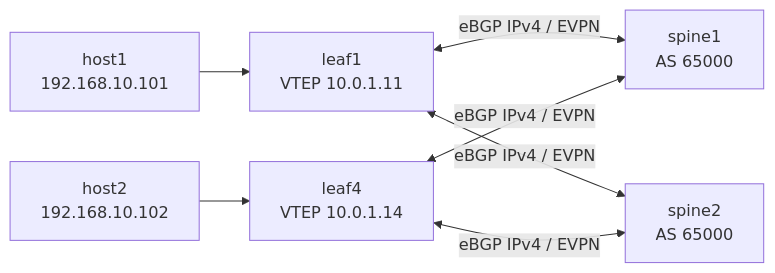
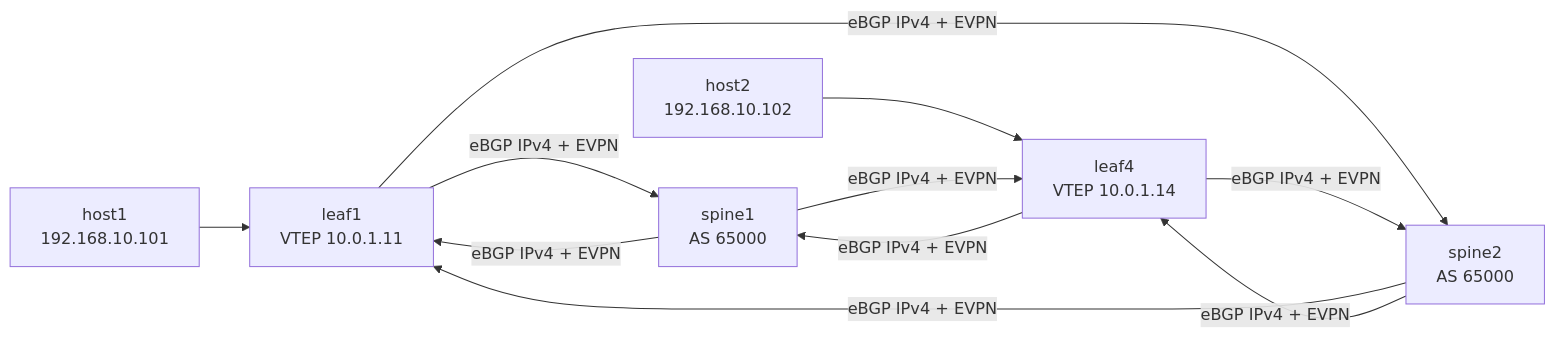
One commit to ganeshvenepally/ml-fabric-lab changed the fourth of 4 diagrams in docs/fabric.md. Above: the diagram before and after it, drawn with Mermaid. The commit also changed other lines of this file and 3 other files, not shown here.

````diff
--- a/docs/fabric.md
+++ b/docs/fabric.md
@@ -147,10 +204,15 @@
 ```mermaid
 flowchart LR
   host1["host1\n192.168.10.101"] --> leaf1["leaf1\nVTEP 10.0.1.11"]
   host2["host2\n192.168.10.102"] --> leaf4["leaf4\nVTEP 10.0.1.14"]
 
-  leaf1 <-- eBGP IPv4 / EVPN --> spine1["spine1\nAS 65000"]
-  leaf1 <-- eBGP IPv4 / EVPN --> spine2["spine2\nAS 65000"]
-  leaf4 <-- eBGP IPv4 / EVPN --> spine1
-  leaf4 <-- eBGP IPv4 / EVPN --> spine2
+  leaf1 -->|"eBGP IPv4 + EVPN"| spine1["spine1\nAS 65000"]
+  spine1 -->|"eBGP IPv4 + EVPN"| leaf1
+  leaf1 -->|"eBGP IPv4 + EVPN"| spine2["spine2\nAS 65000"]
+  spine2 -->|"eBGP IPv4 + EVPN"| leaf1
+
+  leaf4 -->|"eBGP IPv4 + EVPN"| spine1
+  spine1 -->|"eBGP IPv4 + EVPN"| leaf4
+  leaf4 -->|"eBGP IPv4 + EVPN"| spine2
+  spine2 -->|"eBGP IPv4 + EVPN"| leaf4
 ```
````
